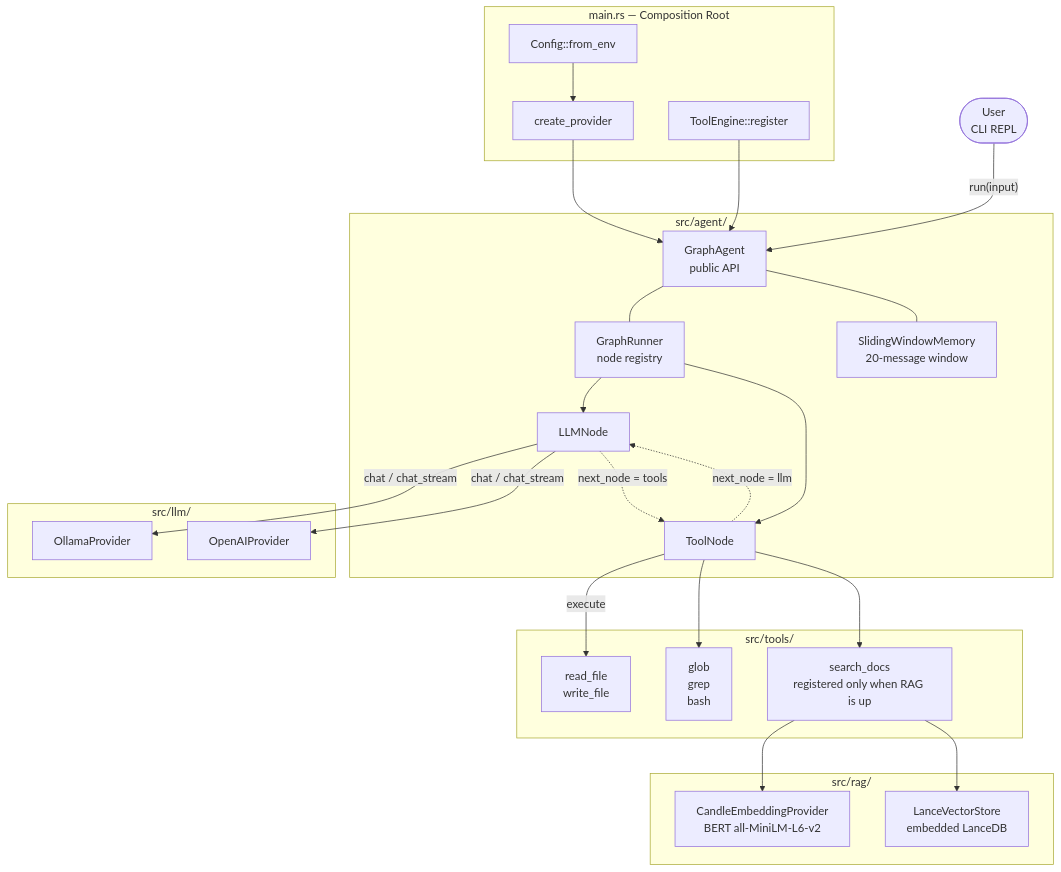
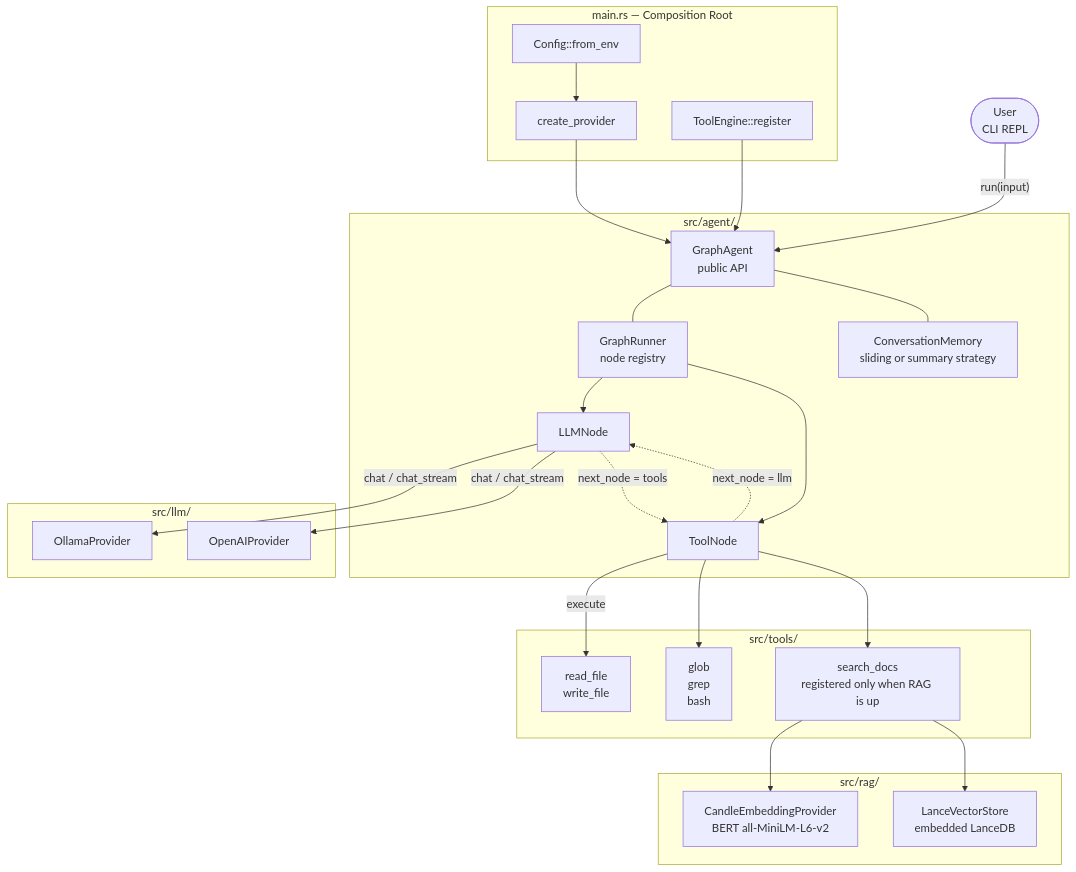
One commit to JacobRyu/ai-agent-rs changed the first of 7 diagrams in docs/architecture.md. Above: the diagram before and after it, drawn with Mermaid. The commit also changed other lines of this file and 12 other files, not shown here.

First line of the commit message:
feat(memory): wire SummaryMemory into GraphAgent

````diff
--- a/docs/architecture.md
+++ b/docs/architecture.md
@@ -14,54 +14,54 @@
 ```mermaid
 flowchart TD
     User(["User<br/>CLI REPL"])
 
     subgraph Entry["main.rs — Composition Root"]
         Cfg["Config::from_env"]
         Prov["create_provider"]
         Engine["ToolEngine::register"]
     end
 
     subgraph AgentLayer["src/agent/"]
         GA["GraphAgent<br/>public API"]
         GR["GraphRunner<br/>node registry"]
         LLMN["LLMNode"]
         TN["ToolNode"]
-        Mem["SlidingWindowMemory<br/>20-message window"]
+        Mem["ConversationMemory<br/>sliding or summary strategy"]
         GA --- GR
         GR --> LLMN
         GR --> TN
         GA --- Mem
     end
 
     subgraph LLMLayer["src/llm/"]
         Ollama["OllamaProvider"]
         OpenAI["OpenAIProvider"]
     end
 
     subgraph ToolLayer["src/tools/"]
         T1["read_file<br/>write_file"]
         T2["glob<br/>grep<br/>bash"]
         T3["search_docs<br/>registered only when RAG is up"]
     end
 
     subgraph RAGLayer["src/rag/"]
         Emb["CandleEmbeddingProvider<br/>BERT all-MiniLM-L6-v2"]
         Store["LanceVectorStore<br/>embedded LanceDB"]
     end
 
     User -->|"run(input)"| GA
     Cfg --> Prov
     Prov --> GA
     Engine --> GA
 
     LLMN -->|"chat / chat_stream"| Ollama
     LLMN -->|"chat / chat_stream"| OpenAI
     LLMN -.->|"next_node = tools"| TN
     TN -.->|"next_node = llm"| LLMN
 
     TN -->|"execute"| T1
     TN --> T2
     TN --> T3
     T3 --> Emb
     T3 --> Store
 ```
````
